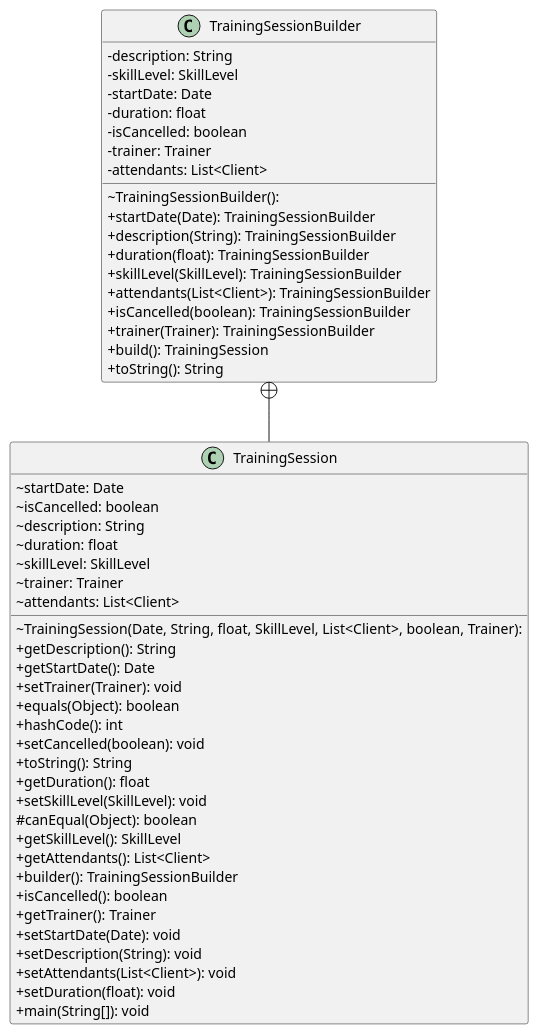
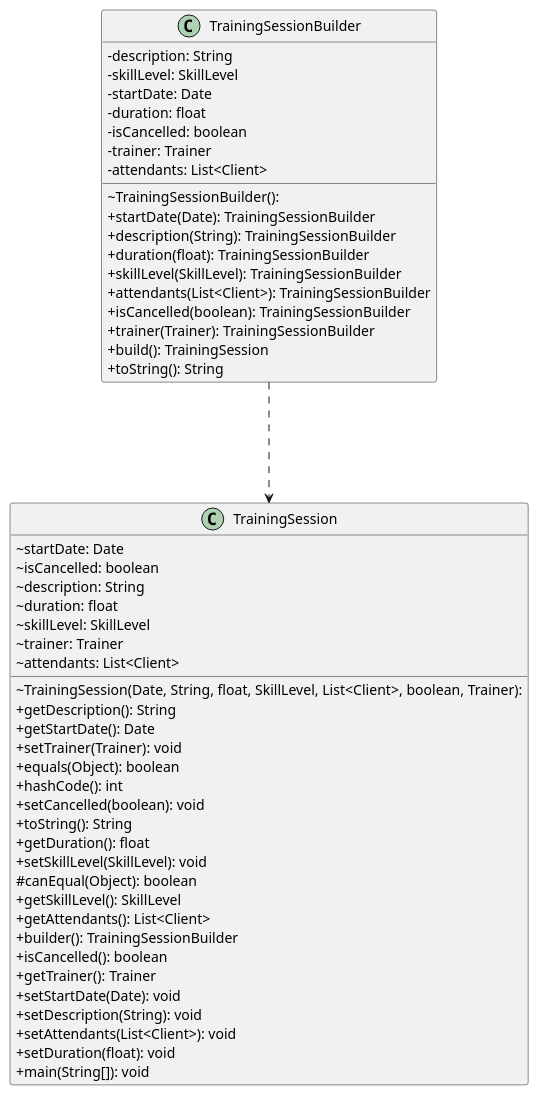
Before and after one commit to filip-stepien/software-engineering-lab: the diagram in src/pattern_diagrams/rafal/training_session_builder.puml, drawn with PlantUML. The commit also changed 3 other files, not shown here.

```diff
--- a/src/pattern_diagrams/rafal/training_session_builder.puml
+++ b/src/pattern_diagrams/rafal/training_session_builder.puml
@@ -1,56 +1,56 @@
 @startuml
 skinparam classAttributeIconSize 0
 top to bottom direction
 
 class TrainingSession {
   ~ TrainingSession(Date, String, float, SkillLevel, List<Client>, boolean, Trainer): 
   ~ startDate: Date
   ~ isCancelled: boolean
   ~ description: String
   ~ duration: float
   ~ skillLevel: SkillLevel
   ~ trainer: Trainer
   ~ attendants: List<Client>
   + getDescription(): String
   + getStartDate(): Date
   + setTrainer(Trainer): void
   + equals(Object): boolean
   + hashCode(): int
   + setCancelled(boolean): void
   + toString(): String
   + getDuration(): float
   + setSkillLevel(SkillLevel): void
   # canEqual(Object): boolean
   + getSkillLevel(): SkillLevel
   + getAttendants(): List<Client>
   + builder(): TrainingSessionBuilder
   + isCancelled(): boolean
   + getTrainer(): Trainer
   + setStartDate(Date): void
   + setDescription(String): void
   + setAttendants(List<Client>): void
   + setDuration(float): void
   + main(String[]): void
 }
 class TrainingSessionBuilder {
   ~ TrainingSessionBuilder(): 
   - description: String
   - skillLevel: SkillLevel
   - startDate: Date
   - duration: float
   - isCancelled: boolean
   - trainer: Trainer
   - attendants: List<Client>
   + startDate(Date): TrainingSessionBuilder
   + description(String): TrainingSessionBuilder
   + duration(float): TrainingSessionBuilder
   + skillLevel(SkillLevel): TrainingSessionBuilder
   + attendants(List<Client>): TrainingSessionBuilder
   + isCancelled(boolean): TrainingSessionBuilder
   + trainer(Trainer): TrainingSessionBuilder
   + build(): TrainingSession
   + toString(): String
 }
          
-TrainingSessionBuilder  +--  TrainingSession
+TrainingSessionBuilder  -.->  TrainingSession
 @enduml
```
